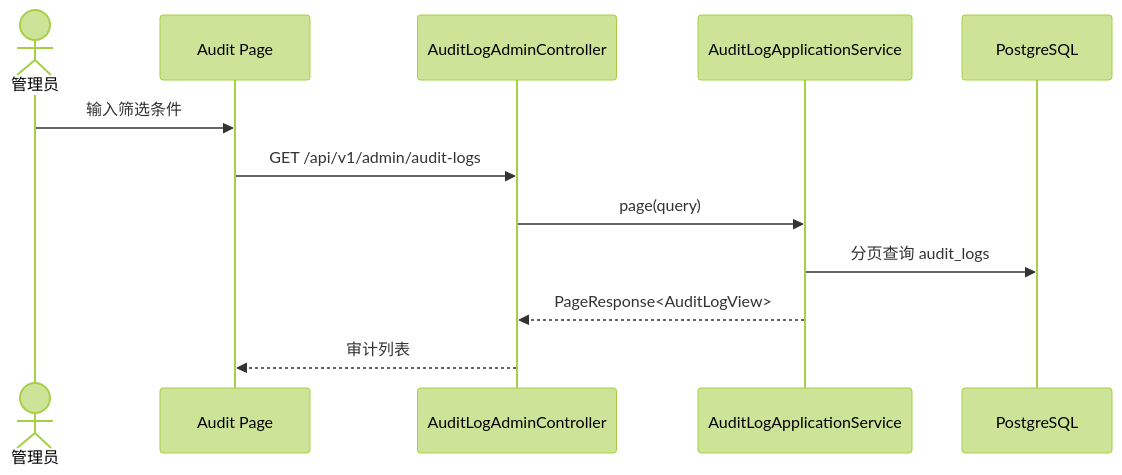
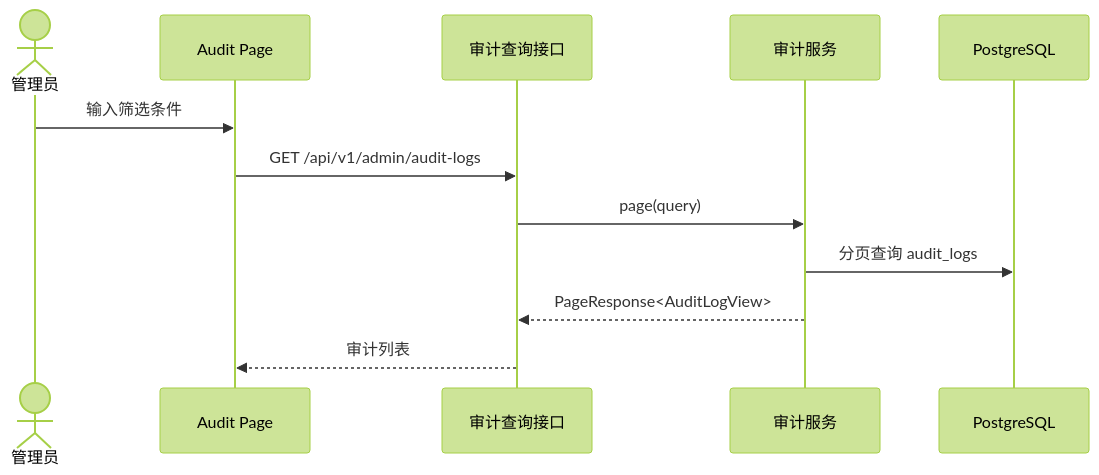
Diagram 22 of 36 in 02-process-docs/detailed-design.md (BUAA-SEProject/docs), drawn with Mermaid (forest theme) before and after one commit. The commit also changed other lines of this file and 6 other files, not shown here.

````diff
--- a/02-process-docs/detailed-design.md
+++ b/02-process-docs/detailed-design.md
@@ -484,15 +491,15 @@
 ```mermaid
 sequenceDiagram
   actor Admin as 管理员
   participant W as Audit Page
-  participant C as AuditLogAdminController
-  participant S as AuditLogApplicationService
+  participant C as 审计查询接口
+  participant S as 审计服务
   participant DB as PostgreSQL
 
   Admin->>W: 输入筛选条件
   W->>C: GET /api/v1/admin/audit-logs
   C->>S: page(query)
   S->>DB: 分页查询 audit_logs
   S-->>C: PageResponse<AuditLogView>
   C-->>W: 审计列表
 ```
````
